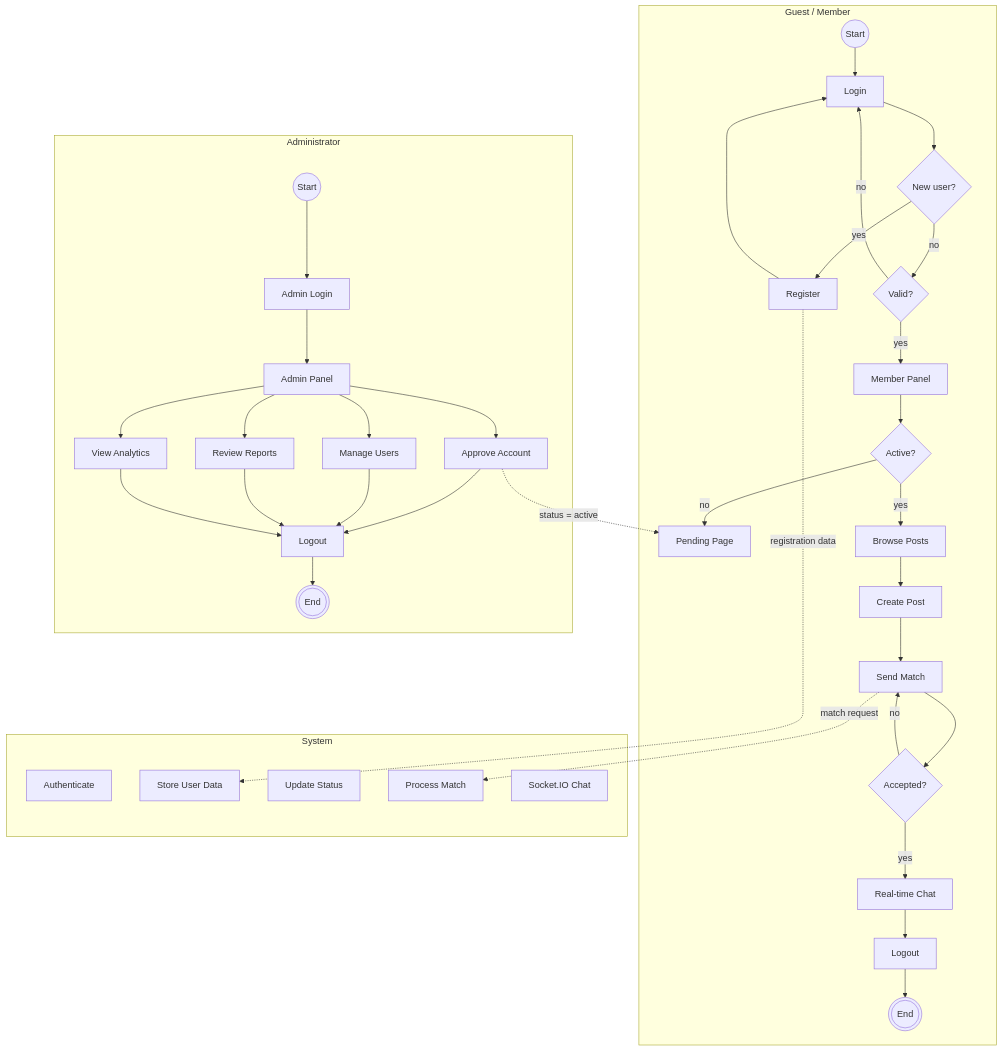
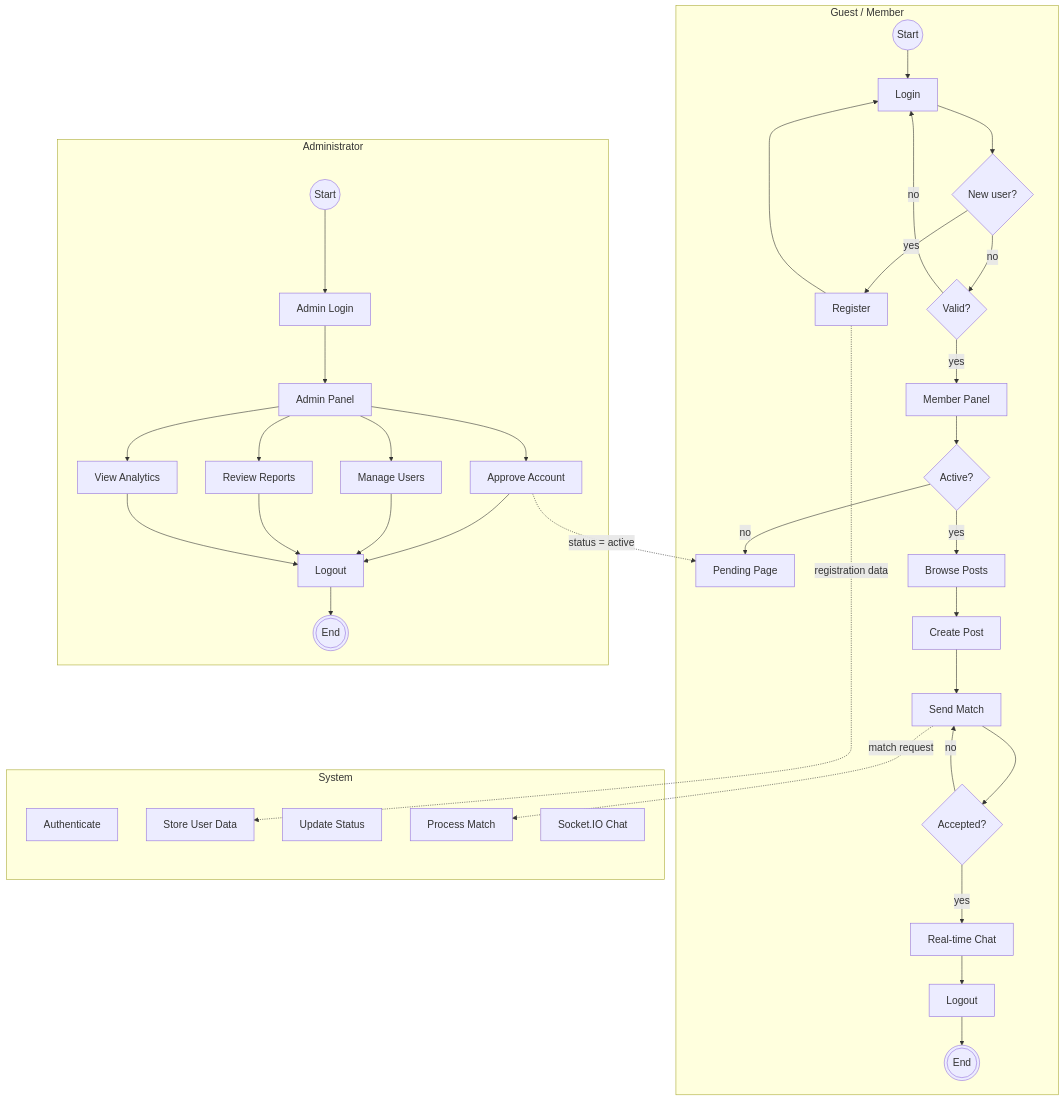
Before and after one commit to Shamima-03/InvestorHub: the diagram in docs/diagrams/swimlane.mmd, drawn with Mermaid. The commit also changed 28 other files, not shown here.

```diff
--- a/docs/diagrams/swimlane.mmd
+++ b/docs/diagrams/swimlane.mmd
@@ -1,46 +1,47 @@
+%%{init: {'themeVariables': {'fontSize': '18px', 'fontFamily': 'Segoe UI, Arial, sans-serif'}}}%%
 flowchart TB
     subgraph guestLane ["Guest / Member"]
         start1((Start)) --> login[Login]
         login --> newUser{New user?}
         newUser -->|yes| reg[Register]
         reg --> login
         newUser -->|no| valid{Valid?}
         valid -->|no| login
         valid -->|yes| panel[Member Panel]
         panel --> active{Active?}
         active -->|no| pending[Pending Page]
         active -->|yes| browse[Browse Posts]
         browse --> createPost[Create Post]
         createPost --> sendMatch[Send Match]
         sendMatch --> accepted{Accepted?}
         accepted -->|yes| chat[Real-time Chat]
         accepted -->|no| sendMatch
         chat --> logout1[Logout]
         logout1 --> end1(((End)))
     end
 
     subgraph adminLane ["Administrator"]
         start2((Start)) --> adminLogin[Admin Login]
         adminLogin --> adminPanel[Admin Panel]
         adminPanel --> approve[Approve Account]
         adminPanel --> manageUsers[Manage Users]
         adminPanel --> reports[Review Reports]
         adminPanel --> analytics[View Analytics]
         approve --> logout2[Logout]
         manageUsers --> logout2
         reports --> logout2
         analytics --> logout2
         logout2 --> end2(((End)))
     end
 
     subgraph systemLane ["System"]
         auth[Authenticate]
         store[Store User Data]
         updateStatus[Update Status]
         processMatch[Process Match]
         socketChat[Socket.IO Chat]
     end
 
     reg -.->|registration data| store
     approve -.->|status = active| pending
     sendMatch -.->|match request| processMatch
```
